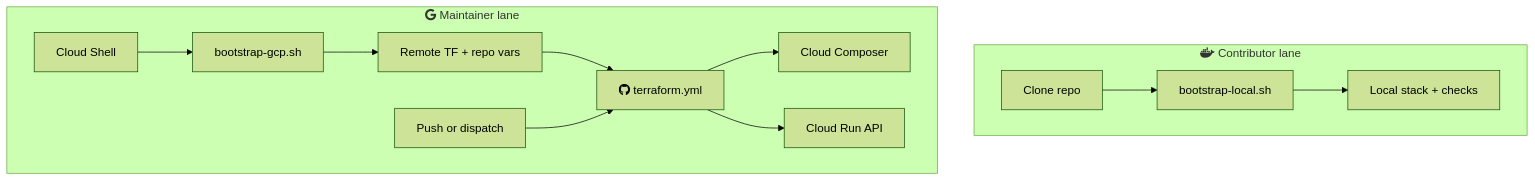
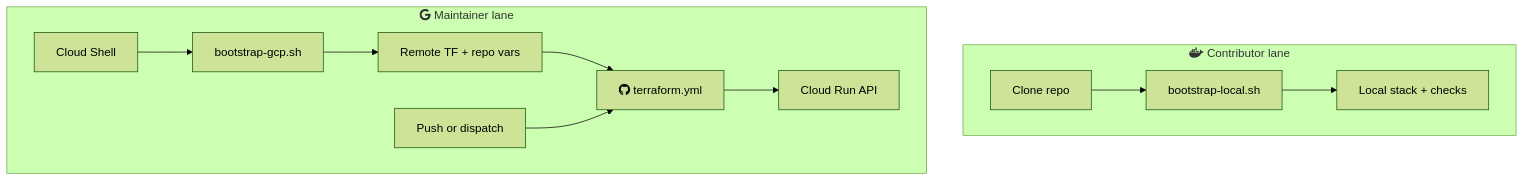
Before and after one commit to javihslu/foehncast: the first of 2 diagrams in docs/site/system/delivery-and-operator-workflow.md, drawn with Mermaid (forest theme). The commit also changed other lines of this file and 6 other files, not shown here.

```diff
--- a/docs/site/system/delivery-and-operator-workflow.md
+++ b/docs/site/system/delivery-and-operator-workflow.md
@@ -13,25 +13,23 @@
 <div class="mermaid">
 flowchart TD
     subgraph Local["fab:fa-docker Contributor lane"]
         direction LR
         CLONE["Clone repo"]
         LOCAL["bootstrap-local.sh"]
         LVERIFY["Local stack + checks"]
         CLONE --> LOCAL --> LVERIFY
     end
 
     subgraph Maintainer["fab:fa-google Maintainer lane"]
         direction LR
         SHELL["Cloud Shell"]
         BGCP["bootstrap-gcp.sh"]
         HANDOFF["Remote TF + repo vars"]
         PUSH["Push or dispatch"]
         TFWF["fab:fa-github terraform.yml"]
-        CMP["Cloud Composer"]
         RUN["Cloud Run API"]
         SHELL --> BGCP --> HANDOFF --> TFWF
         PUSH --> TFWF
-        TFWF --> CMP
         TFWF --> RUN
     end
 </div>
```
